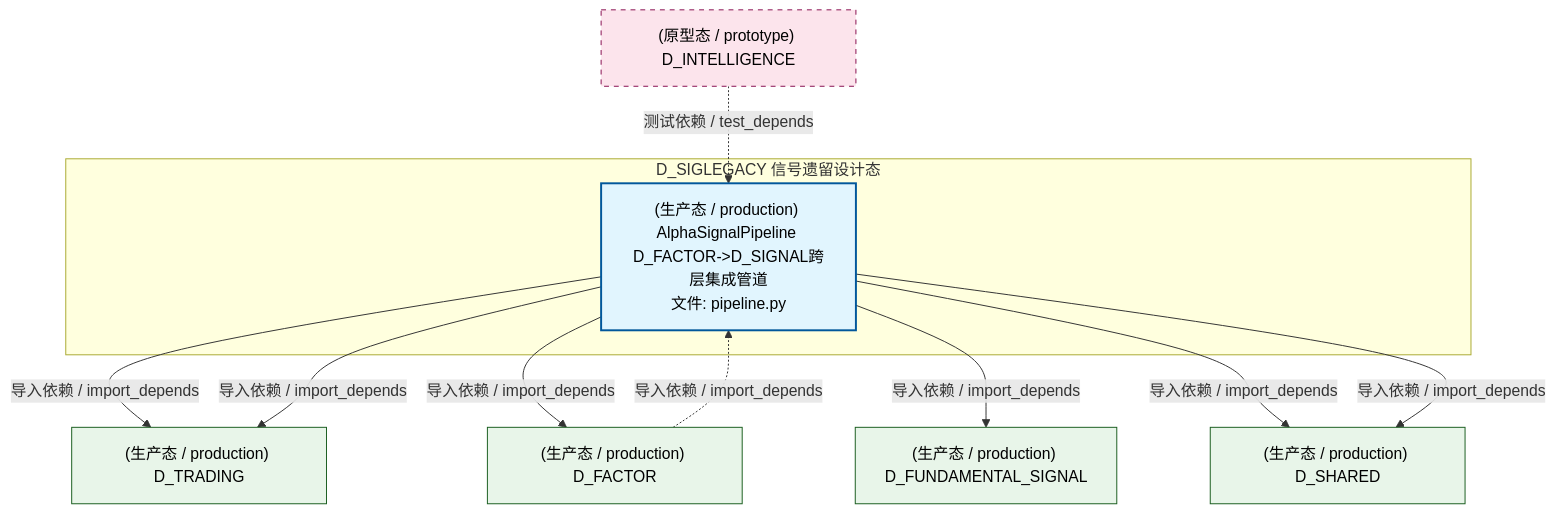
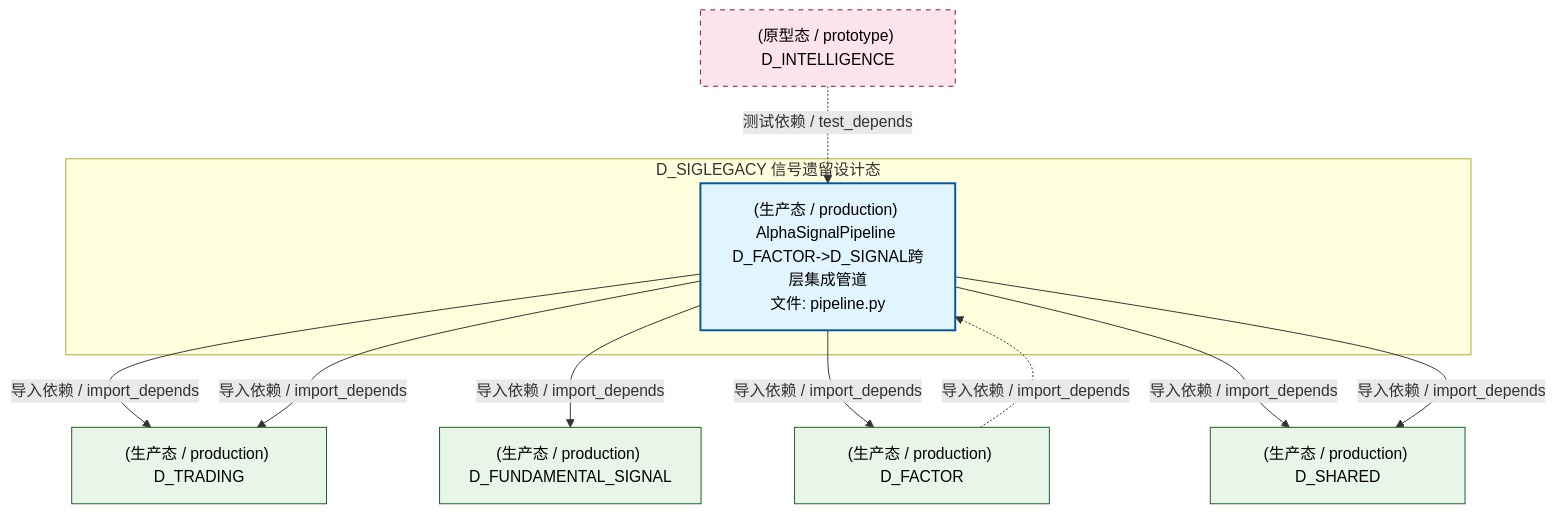
Before and after one commit to xuanFelixVan/ZephyrAlpha: the second of 4 diagrams in docs/02_enterprise_architecture/02_domain_architecture_docs/63_d_siglegacy.md, drawn with Mermaid. The commit also changed other lines of this file and 125 other files, not shown here.

````diff
--- a/docs/02_enterprise_architecture/02_domain_architecture_docs/63_d_siglegacy.md
+++ b/docs/02_enterprise_architecture/02_domain_architecture_docs/63_d_siglegacy.md
@@ -138,26 +138,26 @@
 ```mermaid
 graph TD
     subgraph D_SIGLEGACY["D_SIGLEGACY 信号遗留设计态"]
         src_zephyr_signal_fundamental_pipeline_py["(生产态 / production) AlphaSignalPipeline D_FACTOR->D_SIGNAL跨层集成管道<br/>文件: pipeline.py"]
     end
     D_TRADING["(生产态 / production) D_TRADING"]
     src_zephyr_signal_fundamental_pipeline_py -->|导入依赖 / import_depends| D_TRADING
+    D_FUNDAMENTAL_SIGNAL["(生产态 / production) D_FUNDAMENTAL_SIGNAL"]
+    src_zephyr_signal_fundamental_pipeline_py -->|导入依赖 / import_depends| D_FUNDAMENTAL_SIGNAL
     D_FACTOR["(生产态 / production) D_FACTOR"]
     src_zephyr_signal_fundamental_pipeline_py -->|导入依赖 / import_depends| D_FACTOR
-    D_FUNDAMENTAL_SIGNAL["(生产态 / production) D_FUNDAMENTAL_SIGNAL"]
-    src_zephyr_signal_fundamental_pipeline_py -->|导入依赖 / import_depends| D_FUNDAMENTAL_SIGNAL
     D_SHARED["(生产态 / production) D_SHARED"]
     src_zephyr_signal_fundamental_pipeline_py -->|导入依赖 / import_depends| D_SHARED
     src_zephyr_signal_fundamental_pipeline_py -->|导入依赖 / import_depends| D_SHARED
     src_zephyr_signal_fundamental_pipeline_py -->|导入依赖 / import_depends| D_TRADING
     D_FACTOR -.->|导入依赖 / import_depends| src_zephyr_signal_fundamental_pipeline_py
     D_INTELLIGENCE["(原型态 / prototype) D_INTELLIGENCE"]
     D_INTELLIGENCE -.->|测试依赖 / test_depends| src_zephyr_signal_fundamental_pipeline_py
     classDef production fill:#e1f5fe,stroke:#01579b,stroke-width:2px,color:#000
     classDef design fill:#fff3e0,stroke:#e65100,stroke-width:2px,color:#000,stroke-dasharray: 5 5
     classDef external_prod fill:#e8f5e9,stroke:#1b5e20,stroke-width:1px,color:#000
     classDef external_design fill:#fce4ec,stroke:#880e4f,stroke-width:1px,color:#000,stroke-dasharray: 5 5
     class src_zephyr_signal_fundamental_pipeline_py production
-    class D_TRADING,D_FACTOR,D_FUNDAMENTAL_SIGNAL,D_SHARED external_prod
+    class D_TRADING,D_FUNDAMENTAL_SIGNAL,D_FACTOR,D_SHARED external_prod
     class D_INTELLIGENCE external_design
 ```
````
